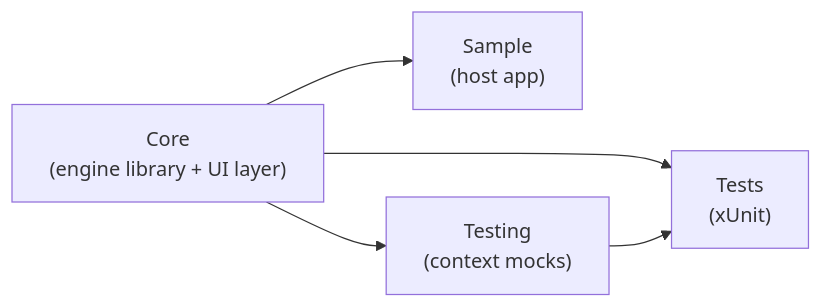
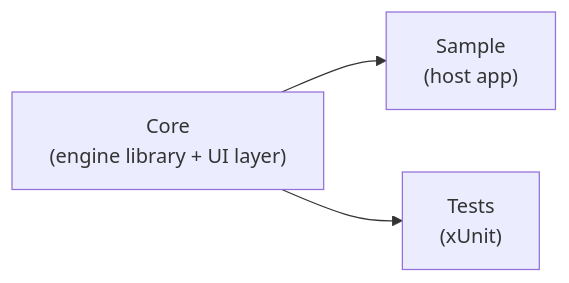
One commit to Blue-Heighliner/Comlink changed the first of 5 diagrams in Docs/Architecture.md. Above: the diagram before and after it, drawn with Mermaid. The commit also changed other lines of this file and 55 other files, not shown here.

````diff
--- a/Docs/Architecture.md
+++ b/Docs/Architecture.md
@@ -12,11 +11,8 @@
 ```mermaid
 graph LR
     Core["Core\n(engine library + UI layer)"]
     Sample["Sample\n(host app)"]
-    Testing["Testing\n(context mocks)"]
     Tests["Tests\n(xUnit)"]
     Core --> Sample
-    Core --> Testing
     Core --> Tests
-    Testing --> Tests
 ```
````
